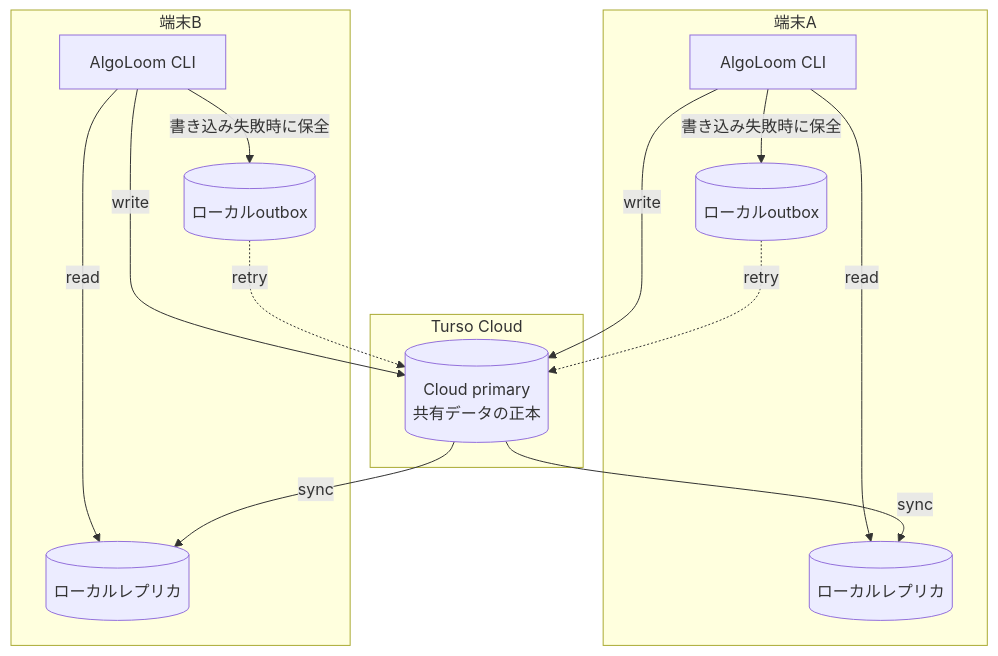
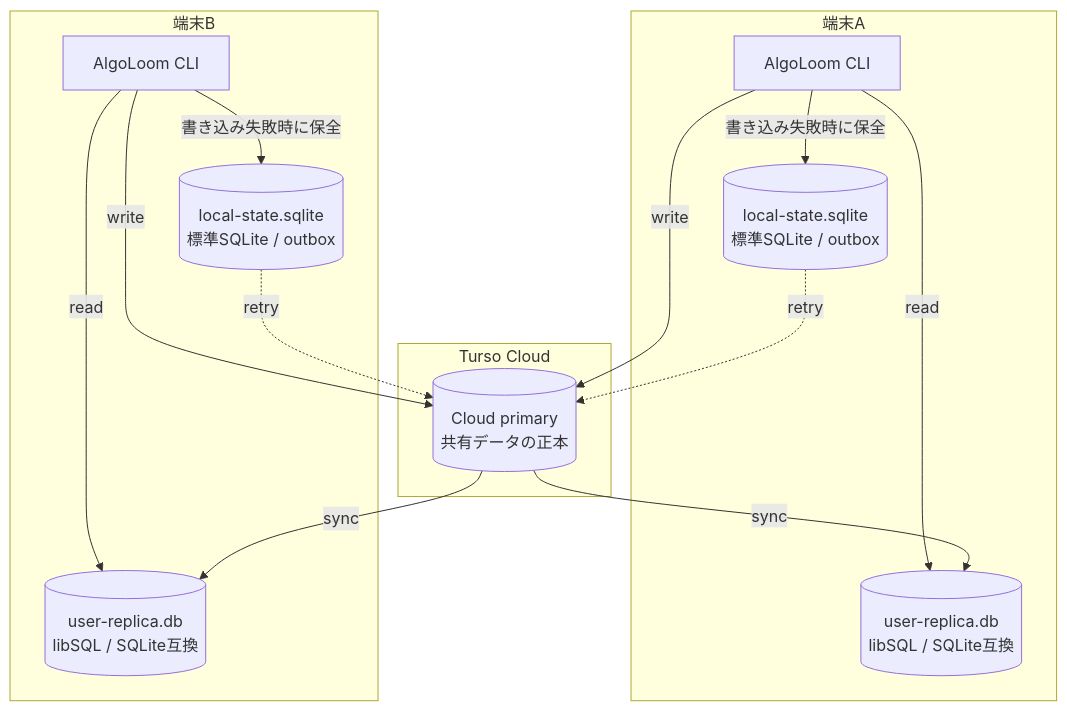
Before and after one commit to mgmaru/algo-loom: the fourth of 15 diagrams in database/turso-design-guide.md, drawn with Mermaid. The commit also changed other lines of this file, not shown here.

Commit message:
docs: clarify Turso replicas and local storage

````diff
--- a/database/turso-design-guide.md
+++ b/database/turso-design-guide.md
@@ -116,29 +176,29 @@
 ```mermaid
 flowchart TB
     subgraph DeviceA[端末A]
         CLIA[AlgoLoom CLI]
-        LocalA[(ローカルレプリカ)]
-        OutboxA[(ローカルoutbox)]
+        LocalA[(user-replica.db<br/>libSQL / SQLite互換)]
+        OutboxA[(local-state.sqlite<br/>標準SQLite / outbox)]
         CLIA -->|read| LocalA
         CLIA -->|書き込み失敗時に保全| OutboxA
     end
 
     subgraph Cloud[Turso Cloud]
         Primary[(Cloud primary<br/>共有データの正本)]
     end
 
     subgraph DeviceB[端末B]
         CLIB[AlgoLoom CLI]
-        LocalB[(ローカルレプリカ)]
-        OutboxB[(ローカルoutbox)]
+        LocalB[(user-replica.db<br/>libSQL / SQLite互換)]
+        OutboxB[(local-state.sqlite<br/>標準SQLite / outbox)]
         CLIB -->|read| LocalB
         CLIB -->|書き込み失敗時に保全| OutboxB
     end
 
     CLIA -->|write| Primary
     CLIB -->|write| Primary
     Primary -->|sync| LocalA
     Primary -->|sync| LocalB
     OutboxA -. retry .-> Primary
     OutboxB -. retry .-> Primary
 ```
````
